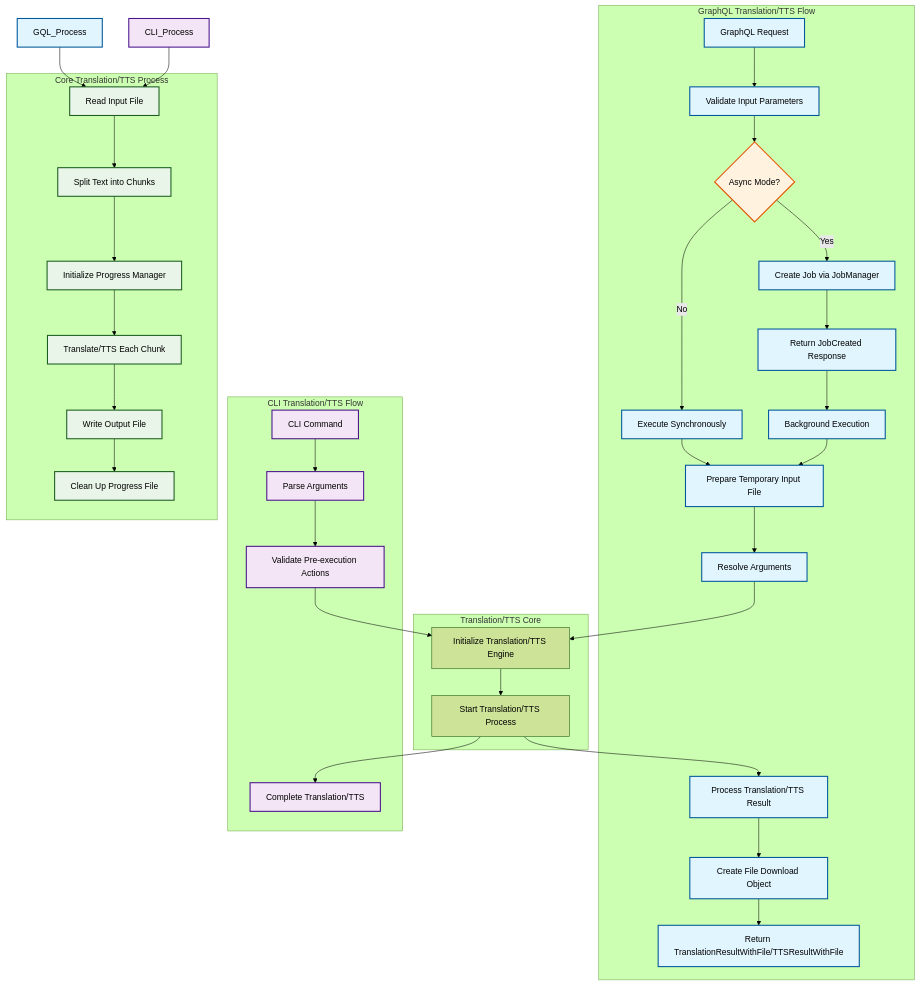
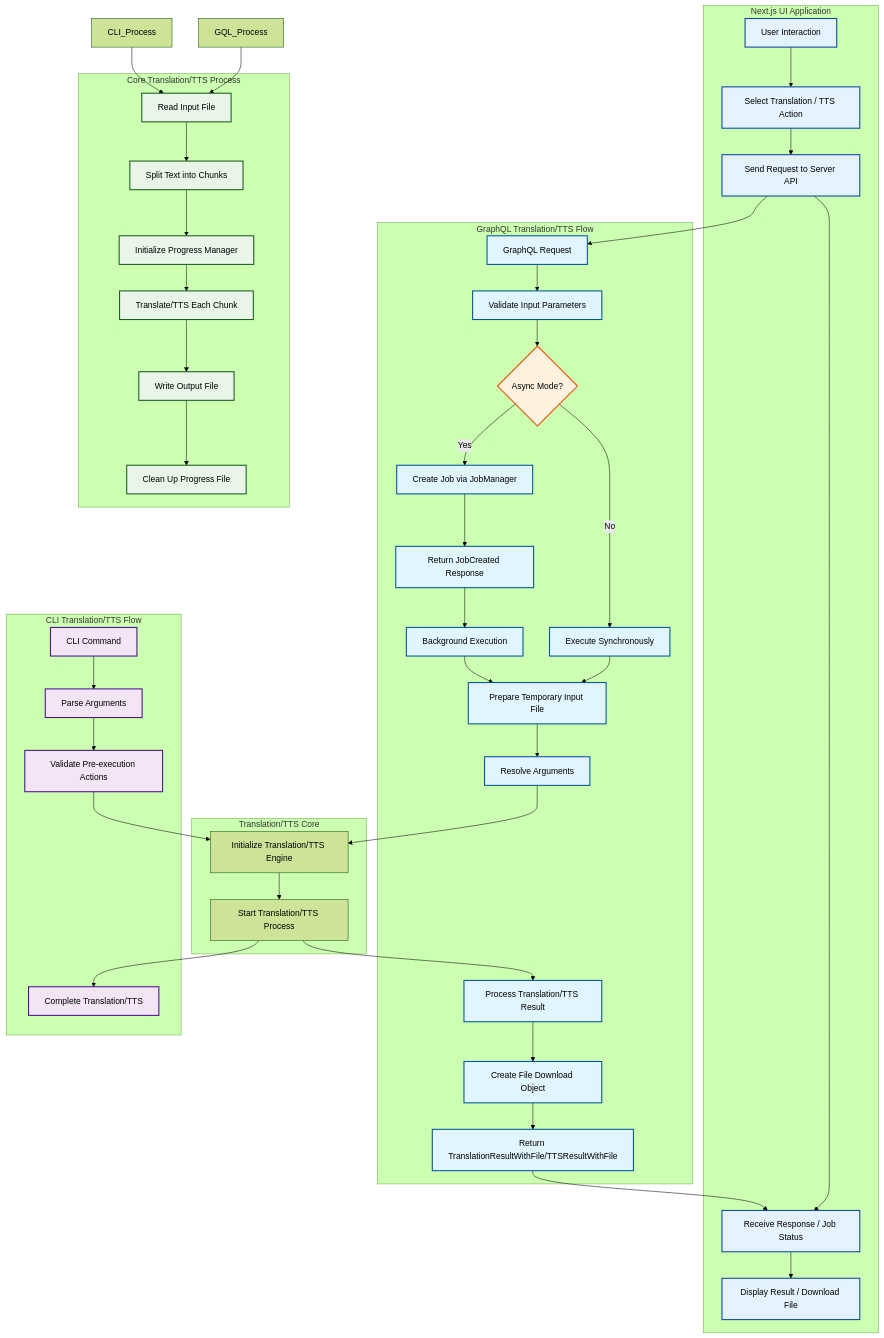
One commit to alfonsZelicko/python-ebook-reader changed the diagram in README.md. Above: the diagram before and after it, drawn with Mermaid (forest theme). The commit also changed other lines of this file, not shown here.

Commit message:
doc: added UI APP section to README with features, project structure updates, and flowchart changes

````diff
--- a/README.md
+++ b/README.md
@@ -304,65 +323,77 @@
 ```mermaid
 flowchart TD
+
+    %% UI Layer
+    subgraph UI[Next.js UI Application]
+        UI_Start[User Interaction] --> UI_Action[Select Translation / TTS Action]
+        UI_Action --> UI_Request[Send Request to Server API]
+        UI_Request --> UI_Response[Receive Response / Job Status]
+        UI_Response --> UI_Display[Display Result / Download File]
+    end
 
     %% Shared Translation Core
     subgraph CORE[Translation/TTS Core]
         CORE_Engine[Initialize Translation/TTS Engine]
         CORE_Process[Start Translation/TTS Process]
         CORE_Engine --> CORE_Process
     end
 
     %% GraphQL Flow
     subgraph GraphQL[GraphQL Translation/TTS Flow]
         GQL_Start[GraphQL Request] --> GQL_Validate[Validate Input Parameters]
         GQL_Validate --> GQL_Async{Async Mode?}
         
         GQL_Async -->|Yes| GQL_CreateJob[Create Job via JobManager]
         GQL_Async -->|No| GQL_Sync[Execute Synchronously]
         
         GQL_CreateJob --> GQL_JobCreated[Return JobCreated Response]
         GQL_JobCreated --> GQL_Background[Background Execution]
         
         GQL_Sync --> GQL_Prepare[Prepare Temporary Input File]
         GQL_Background --> GQL_Prepare
         
         GQL_Prepare --> GQL_Resolve[Resolve Arguments]
         GQL_Resolve --> CORE_Engine
         
         CORE_Process --> GQL_Result[Process Translation/TTS Result]
         GQL_Result --> GQL_File[Create File Download Object]
         GQL_File --> GQL_Return[Return TranslationResultWithFile/TTSResultWithFile]
     end
 
     %% CLI Flow
     subgraph CLI[CLI Translation/TTS Flow]
         CLI_Start[CLI Command] --> CLI_Parse[Parse Arguments]
         CLI_Parse --> CLI_Validate[Validate Pre-execution Actions]
         CLI_Validate --> CORE_Engine
         
         CORE_Process --> CLI_Complete[Complete Translation/TTS]
     end
     
     %% Shared Translation Process
     subgraph Core[Core Translation/TTS Process]
         Core_Read[Read Input File] --> Core_Chunk[Split Text into Chunks]
         Core_Chunk --> Core_Progress[Initialize Progress Manager]
         Core_Progress --> Core_Translate[Translate/TTS Each Chunk]
         Core_Translate --> Core_Write[Write Output File]
         Core_Write --> Core_Cleanup[Clean Up Progress File]
     end
     
     %% Connections
+    UI_Request --> GQL_Start
+    GQL_Return --> UI_Response
     GQL_Process --> Core_Read
     CLI_Process --> Core_Read
     
     %% Styling
+    classDef ui fill:#e3f2fd,stroke:#0d47a1,stroke-width:2px
     classDef graphql fill:#e1f5fe,stroke:#01579b,stroke-width:2px
     classDef cli fill:#f3e5f5,stroke:#4a148c,stroke-width:2px
     classDef core fill:#e8f5e8,stroke:#1b5e20,stroke-width:2px
     classDef decision fill:#fff3e0,stroke:#e65100,stroke-width:2px
     
-    class GQL_Start,GQL_Validate,GQL_Async,GQL_CreateJob,GQL_JobCreated,GQL_Background,GQL_Sync,GQL_Service,GQL_Prepare,GQL_Resolve,GQL_Engine,GQL_Process,GQL_Result,GQL_File,GQL_Return graphql
-    class CLI_Start,CLI_Parse,CLI_Validate,CLI_Engine,CLI_Process,CLI_Complete cli
+    class UI_Start,UI_Action,UI_Request,UI_Response,UI_Display ui
+    class GQL_Start,GQL_Validate,GQL_Async,GQL_CreateJob,GQL_JobCreated,GQL_Background,GQL_Sync,GQL_Prepare,GQL_Resolve,GQL_Result,GQL_File,GQL_Return graphql
+    class CLI_Start,CLI_Parse,CLI_Validate,CLI_Complete cli
     class Core_Read,Core_Chunk,Core_Progress,Core_Translate,Core_Write,Core_Cleanup core
     class GQL_Async decision
 ```
````
